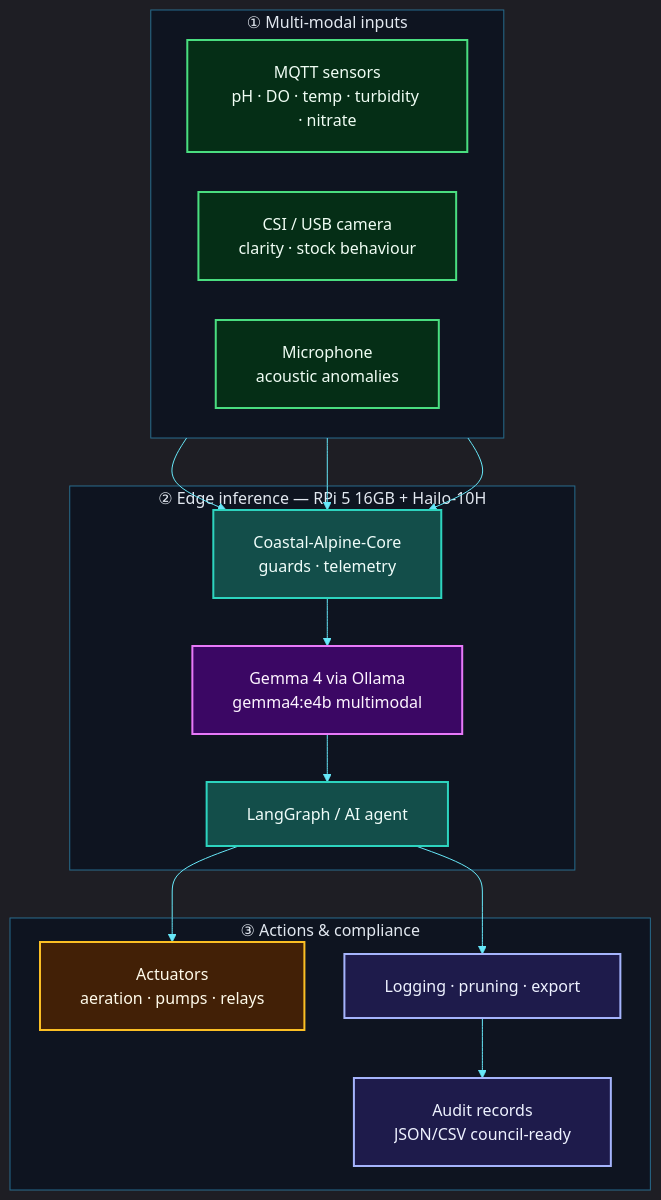
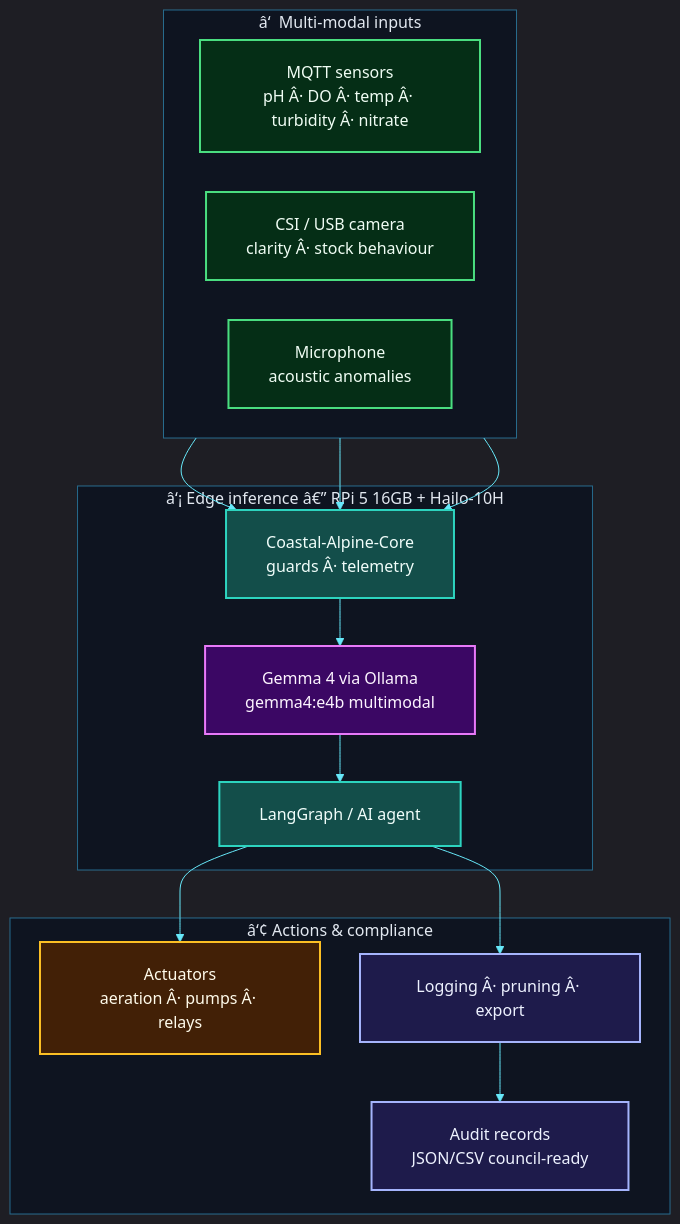
Before and after one commit to fivepanelhat/AquaGuard-Portal: the diagram in README.md, drawn with Mermaid. The commit also changed other lines of this file and 8 other files, not shown here.

````diff
--- a/README.md
+++ b/README.md
@@ -184,63 +201,63 @@
 ```mermaid
 %%{init: {
   "theme": "dark",
   "themeVariables": {
     "fontSize": "16px",
     "fontFamily": "Inter, ui-sans-serif, system-ui, sans-serif",
     "primaryColor": "#0ea5e9",
     "primaryTextColor": "#f8fafc",
     "primaryBorderColor": "#38bdf8",
     "lineColor": "#67e8f9",
     "secondaryColor": "#1e293b",
     "tertiaryColor": "#0f172a",
     "clusterBkg": "#0b1220cc",
     "clusterBorder": "#38bdf880",
     "titleColor": "#e2e8f0"
   },
   "flowchart": {
     "nodeSpacing": 40,
     "rankSpacing": 48,
     "padding": 20,
     "htmlLabels": true,
     "curve": "basis"
   }
 }}%%
 flowchart TB
 
     classDef sense fill:#052e16,stroke:#4ade80,stroke-width:2px,color:#f0fdf4
     classDef edge fill:#0c4a6e,stroke:#38bdf8,stroke-width:2px,color:#f0f9ff
     classDef core fill:#134e4a,stroke:#2dd4bf,stroke-width:2px,color:#f0fdfa
     classDef act fill:#422006,stroke:#fbbf24,stroke-width:2px,color:#fffbeb
     classDef store fill:#1e1b4b,stroke:#a5b4fc,stroke-width:2px,color:#eef2ff
     classDef ai fill:#3b0764,stroke:#e879f9,stroke-width:2px,color:#fdf4ff
     classDef app fill:#1e1b4b,stroke:#c4b5fd,stroke-width:2px,color:#eef2ff
 
-    subgraph IN["① Multi-modal inputs"]
+    subgraph IN["â‘  Multi-modal inputs"]
         direction LR
-        S["MQTT sensors<br/>pH · DO · temp · turbidity · nitrate"]
-        C["CSI / USB camera<br/>clarity · stock behaviour"]
+        S["MQTT sensors<br/>pH Â· DO Â· temp Â· turbidity Â· nitrate"]
+        C["CSI / USB camera<br/>clarity Â· stock behaviour"]
         M["Microphone<br/>acoustic anomalies"]
     end
 
-    subgraph EDGE["② Edge inference — RPi 5 16GB + Hailo-10H"]
-        CORE["Coastal-Alpine-Core<br/>guards · telemetry"]
+    subgraph EDGE["â‘¡ Edge inference â€” RPi 5 16GB + Hailo-10H"]
+        CORE["Coastal-Alpine-Core<br/>guards Â· telemetry"]
         LLM["Gemma 4 via Ollama<br/>gemma4:e4b multimodal"]
         AG["LangGraph / AI agent"]
     end
 
-    subgraph OUT["③ Actions & compliance"]
-        ACT["Actuators<br/>aeration · pumps · relays"]
-        LOG["Logging · pruning · export"]
+    subgraph OUT["â‘¢ Actions & compliance"]
+        ACT["Actuators<br/>aeration Â· pumps Â· relays"]
+        LOG["Logging Â· pruning Â· export"]
         AUD["Audit records<br/>JSON/CSV council-ready"]
     end
 
     S & C & M --> CORE --> LLM --> AG
     AG --> ACT
     AG --> LOG --> AUD
 
     class S,C,M sense
     class CORE,AG core
     class LLM ai
     class ACT act
     class LOG,AUD store
 ```
````
